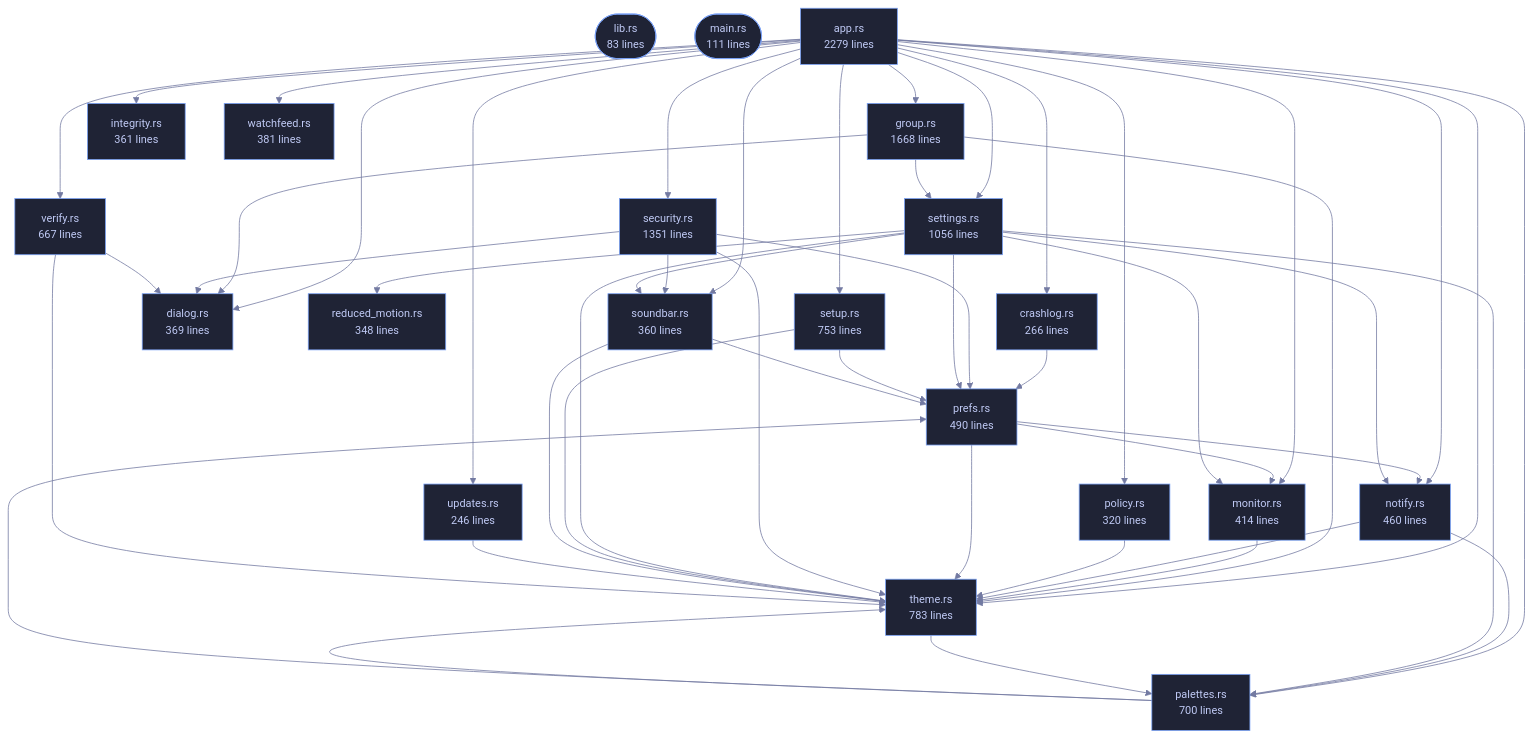
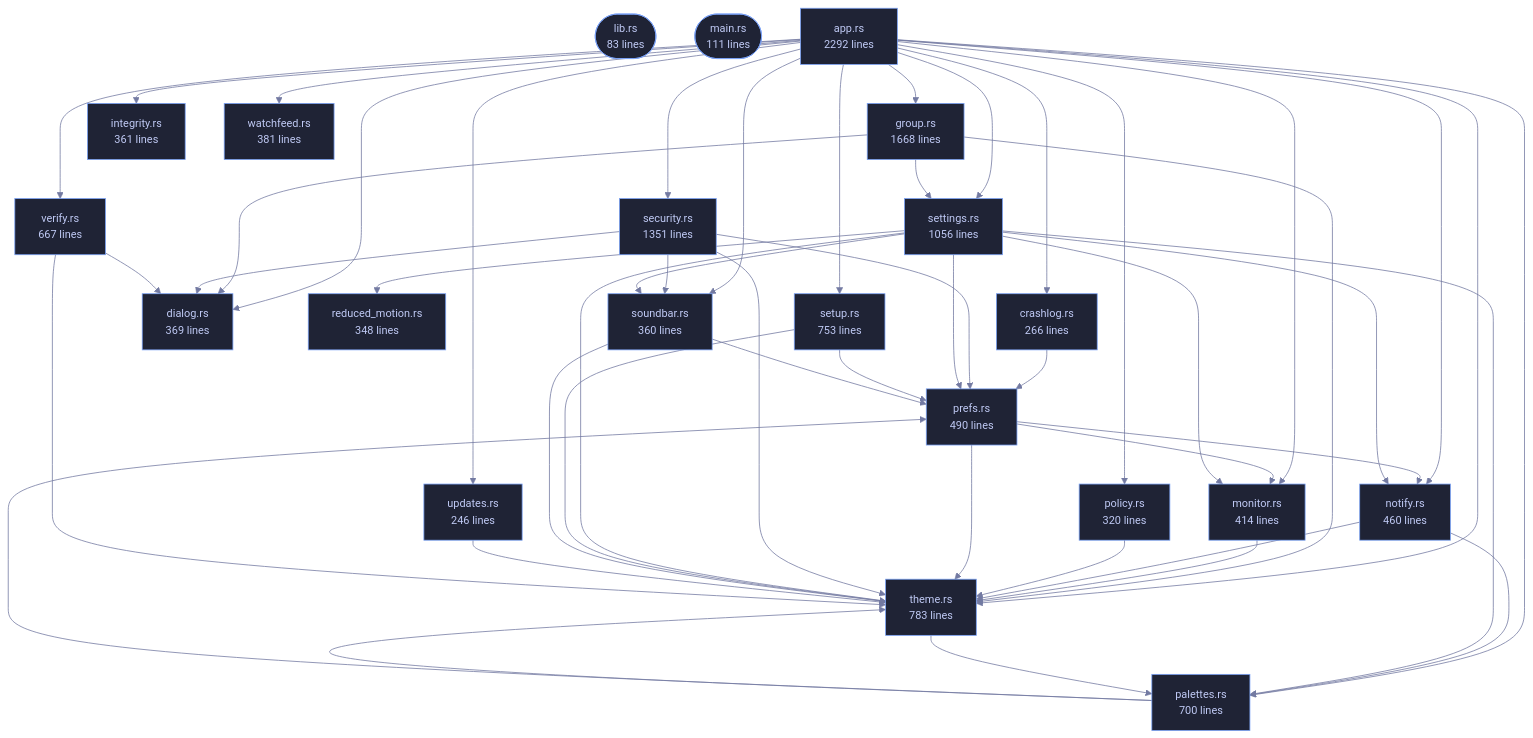
One commit to tilas01/veilvoice changed the diagram in wiki/Crate-veilvoice-gui.md. Above: the diagram before and after it, drawn with Mermaid. The commit also changed other lines of this file and 11 other files, not shown here.

```diff
--- a/wiki/Crate-veilvoice-gui.md
+++ b/wiki/Crate-veilvoice-gui.md
@@ -83,7 +83,7 @@
 flowchart TD
     n_lib(["lib.rs<br/>83 lines"])
     n_main(["main.rs<br/>111 lines"])
-    n_app["app.rs<br/>2279 lines"]
+    n_app["app.rs<br/>2292 lines"]
     n_crashlog["crashlog.rs<br/>266 lines"]
     n_dialog["dialog.rs<br/>369 lines"]
     n_group["group.rs<br/>1668 lines"]
```
